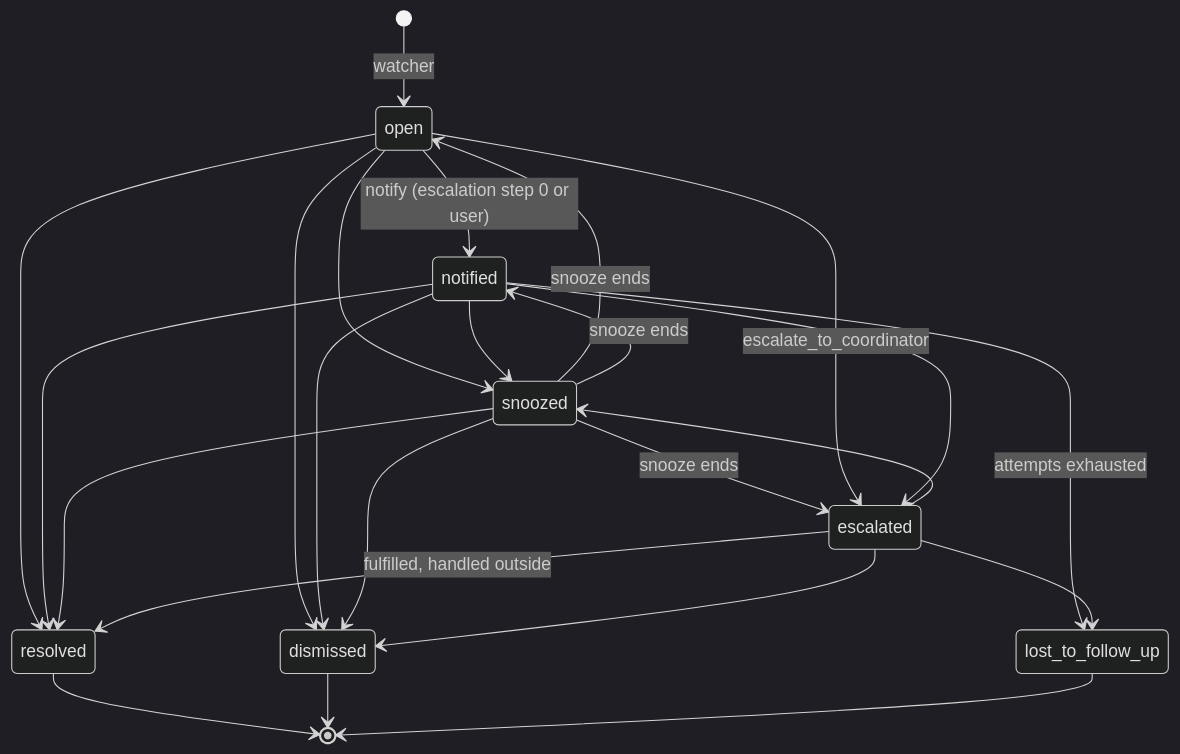
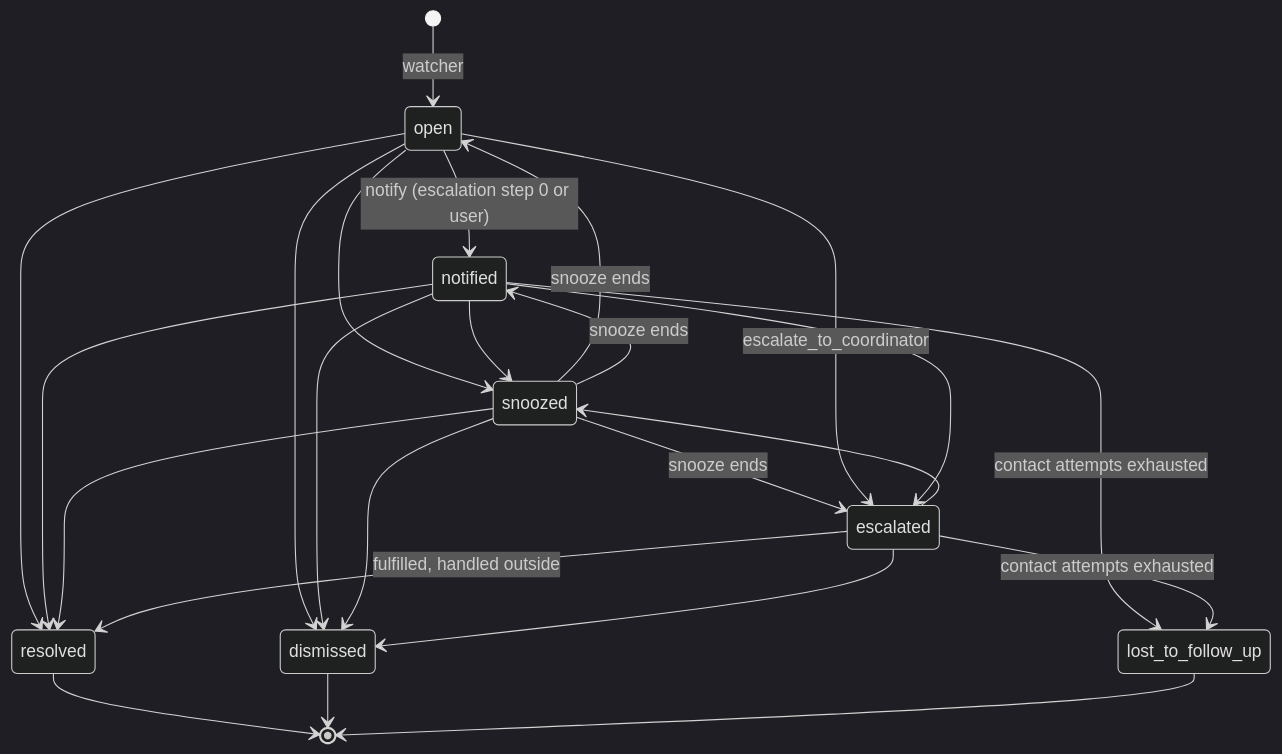
The second of 2 diagrams in packages/core/README.md (Hipocratesalud/follow-up-engine), drawn with Mermaid (dark theme) before and after one commit. The commit also changed other lines of this file and 3 other files, not shown here.

First line of the commit message:
HIP-117: lost to follow-up only after the patient was actually contacted

````diff
--- a/packages/core/README.md
+++ b/packages/core/README.md
@@ -106,26 +106,26 @@
 ```mermaid
 stateDiagram-v2
   [*] --> open: watcher
   open --> notified: notify (escalation step 0 or user)
   open --> snoozed
   notified --> snoozed
   snoozed --> open: snooze ends
   snoozed --> notified: snooze ends
   snoozed --> escalated: snooze ends
   open --> escalated: escalate_to_coordinator
   notified --> escalated
   escalated --> snoozed
   open --> resolved
   notified --> resolved
   snoozed --> resolved
   escalated --> resolved: fulfilled, handled outside
   open --> dismissed
   notified --> dismissed
   snoozed --> dismissed
   escalated --> dismissed
-  notified --> lost_to_follow_up: attempts exhausted
-  escalated --> lost_to_follow_up
+  notified --> lost_to_follow_up: contact attempts exhausted
+  escalated --> lost_to_follow_up: contact attempts exhausted
   resolved --> [*]
   dismissed --> [*]
   lost_to_follow_up --> [*]
 ```
````
